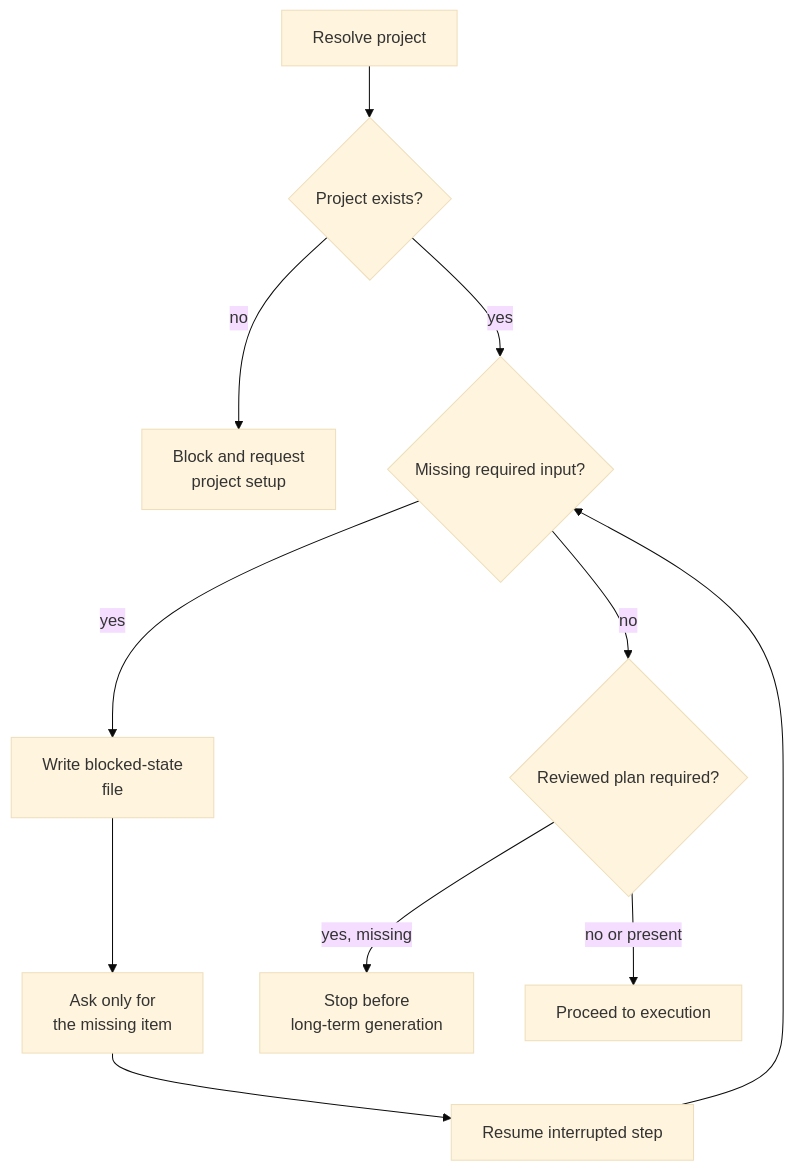
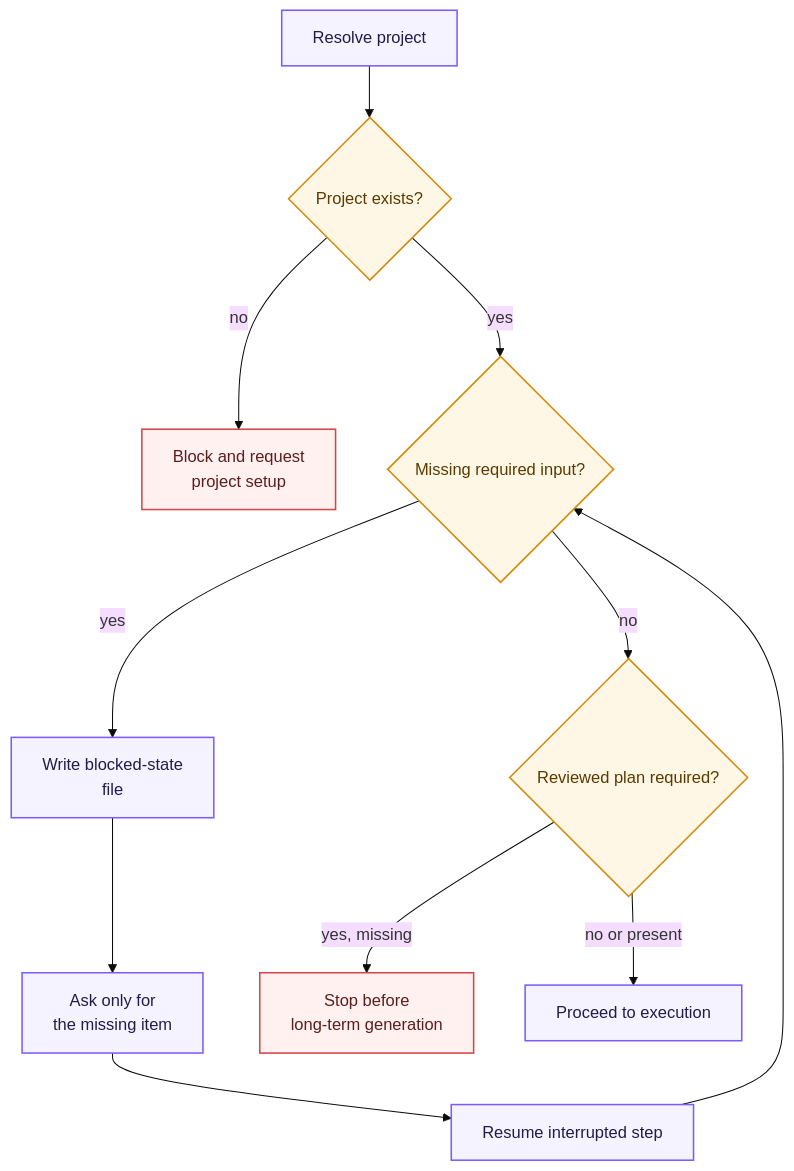
The second of 5 diagrams in docs/qa/ai-qc-workflow.md (Qin-BL/quality-platform), drawn with Mermaid (base theme) before and after one commit. The commit also changed other lines of this file and 2 other files, not shown here.

Commit message:
Style Mermaid diagrams for readability

```diff
--- a/docs/qa/ai-qc-workflow.md
+++ b/docs/qa/ai-qc-workflow.md
@@ -45,13 +53,19 @@
 ::: mermaid
 graph TD
     A["Resolve project"] --> B{"Project exists?"}
     B -->|no| C["Block and request<br/>project setup"]
     B -->|yes| D{"Missing required input?"}
     D -->|yes| E["Write blocked-state<br/>file"]
     E --> F["Ask only for<br/>the missing item"]
     F --> G["Resume interrupted step"]
     G --> D
     D -->|no| H{"Reviewed plan required?"}
     H -->|yes, missing| I["Stop before<br/>long-term generation"]
     H -->|no or present| J["Proceed to execution"]
+    classDef runtime fill:#f5f3ff,stroke:#7c5cff,color:#221b4b,stroke-width:1.5px;
+    classDef decision fill:#fff7e6,stroke:#d48806,color:#5b3a00,stroke-width:1.5px;
+    classDef warning fill:#fff1f0,stroke:#d64545,color:#5c1d1d,stroke-width:1.5px;
+    class B,D,H decision;
+    class A,E,F,G,J runtime;
+    class C,I warning;
 :::
```
